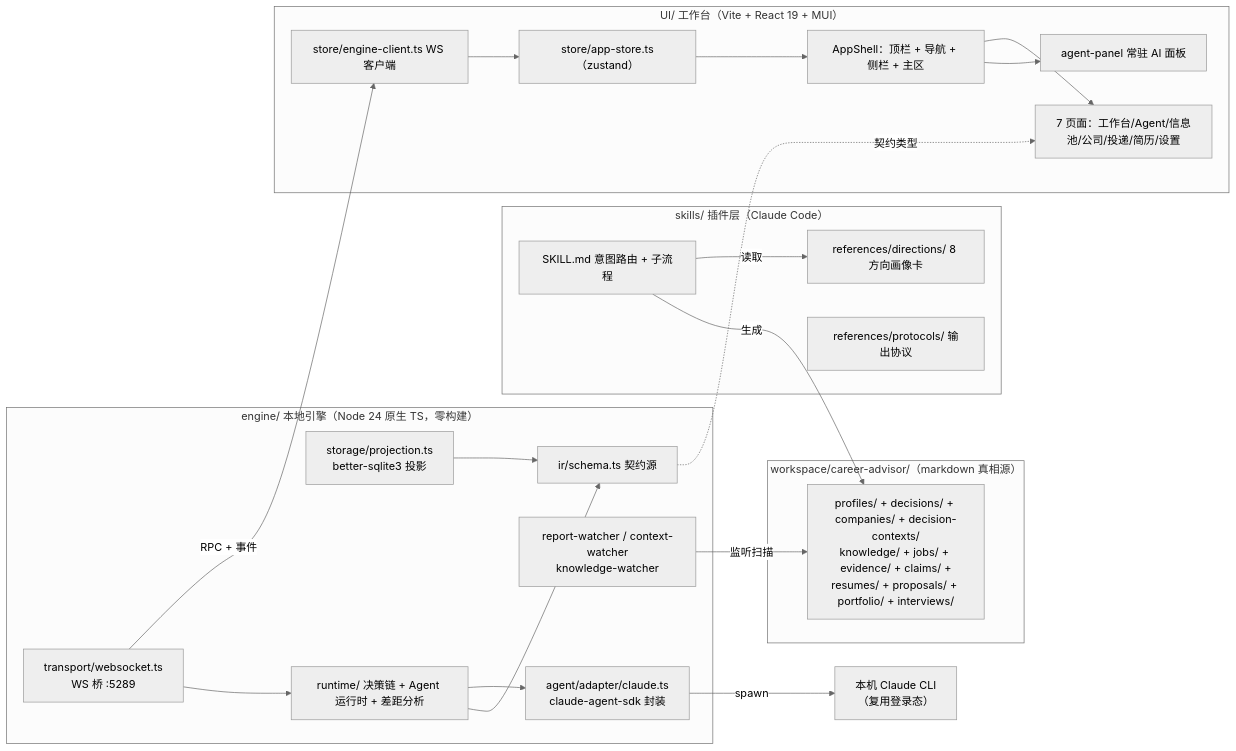
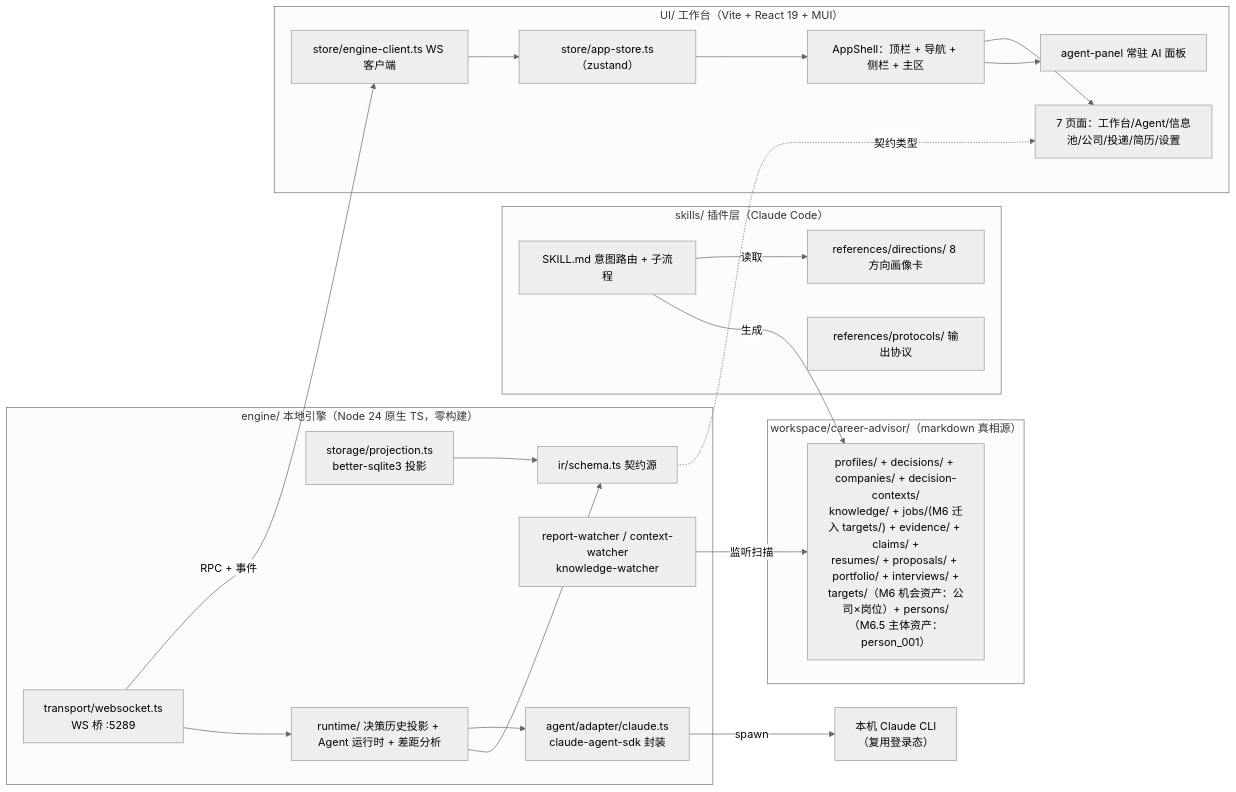
One commit to Friend-Xu/career-os changed the diagram in ARCHITECTURE.md. Above: the diagram before and after it, drawn with Mermaid (neutral theme). The commit also changed other lines of this file and 48 other files, not shown here.

First line of the commit message:
feat: M6.6 决策智能收尾——Contract v1 冻结、JD Intelligence、输入权迁移 + Markdown 渲染与决策视图

````diff
--- a/ARCHITECTURE.md
+++ b/ARCHITECTURE.md
@@ -9,43 +9,43 @@
 ```mermaid
 flowchart LR
     subgraph 技能层["skills/ 插件层（Claude Code）"]
         SK["SKILL.md 意图路由 + 子流程"]
         DIR["references/directions/ 8 方向画像卡"]
         PROT["references/protocols/ 输出协议"]
     end
 
     subgraph 引擎["engine/ 本地引擎（Node 24 原生 TS，零构建）"]
         WS["transport/websocket.ts<br/>WS 桥 :5289"]
         IR["ir/schema.ts 契约源"]
         PROJ["storage/projection.ts<br/>better-sqlite3 投影"]
         WATCH["report-watcher / context-watcher<br/>knowledge-watcher"]
-        RUNTIME["runtime/ 决策链 + Agent 运行时 + 差距分析"]
+        RUNTIME["runtime/ 决策历史投影 + Agent 运行时 + 差距分析"]
         AGENT["agent/adapter/claude.ts<br/>claude-agent-sdk 封装"]
     end
 
     subgraph 前端["UI/ 工作台（Vite + React 19 + MUI）"]
         SHELL["AppShell：顶栏 + 导航 + 侧栏 + 主区"]
         PANEL["agent-panel 常驻 AI 面板"]
         STORE["store/app-store.ts（zustand）"]
         CLIENT["store/engine-client.ts WS 客户端"]
         PAGES["7 页面：工作台/Agent/信息池/公司/投递/简历/设置"]
     end
 
     subgraph 数据["workspace/career-advisor/（markdown 真相源）"]
-        MD["profiles/ + decisions/ + companies/ + decision-contexts/<br/>knowledge/ + jobs/ + evidence/ + claims/ +<br/>resumes/ + proposals/ + portfolio/ + interviews/"]
+        MD["profiles/ + decisions/ + companies/ + decision-contexts/<br/>knowledge/ + jobs/(M6 迁入 targets/) + evidence/ + claims/ +<br/>resumes/ + proposals/ + portfolio/ + interviews/ +<br/>targets/（M6 机会资产：公司×岗位）+ persons/（M6.5 主体资产：person_001）"]
     end
 
     SK -->|读取| DIR
     SK -->|生成| MD
     WATCH -->|监听扫描| MD
     IR -.->|契约类型| PAGES
     WS -->|RPC + 事件| CLIENT
     CLIENT --> STORE
     STORE --> SHELL
     SHELL --> PAGES
     SHELL --> PANEL
     AGENT -->|spawn| CLI["本机 Claude CLI<br/>（复用登录态）"]
     WS --> RUNTIME --> AGENT
     PROJ --> IR
     RUNTIME --> IR
 ```
````
